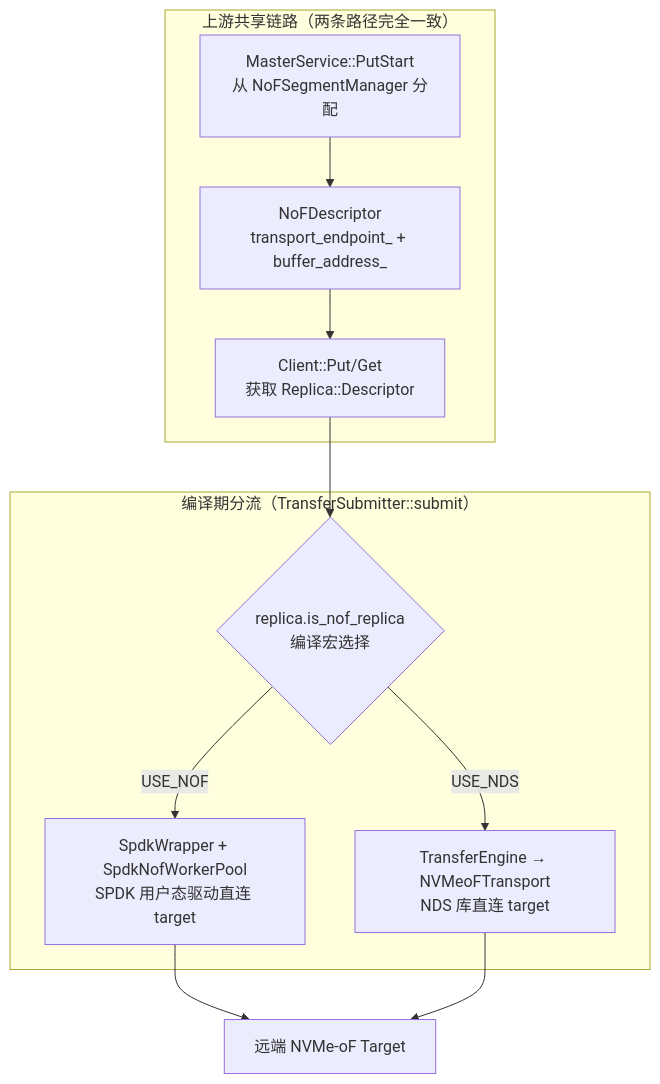
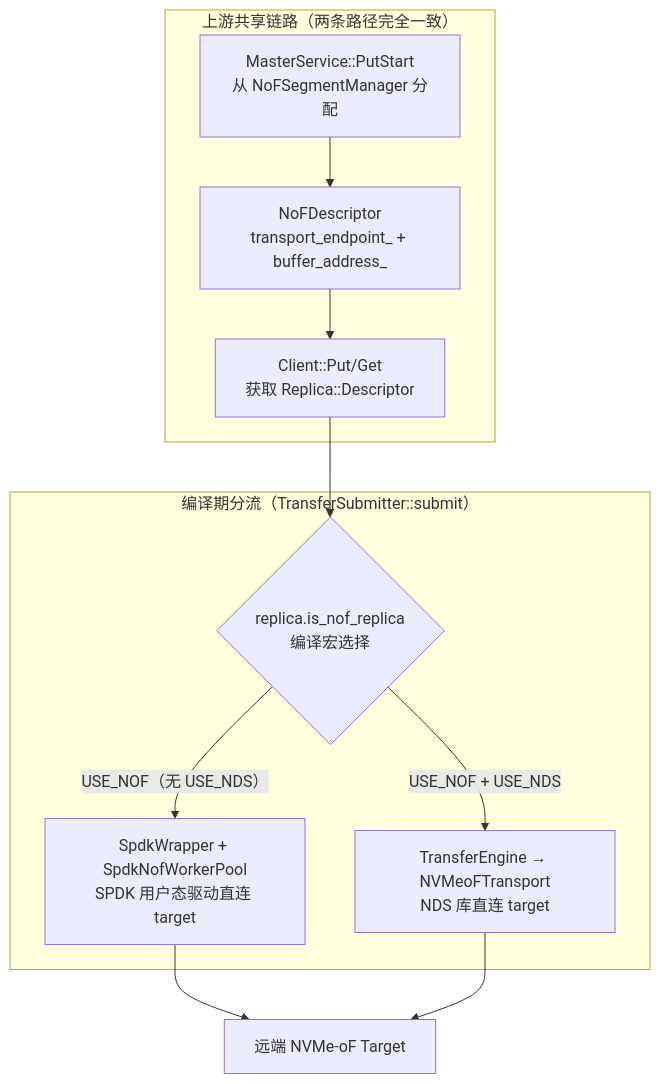
One commit to yz53665/Mooncake changed diagram 12 of 17 in docs/rfc-nds-nvmeof-transport-cn.md. Above: the diagram before and after it, drawn with Mermaid. The commit also changed other lines of this file, not shown here.

````diff
--- a/docs/rfc-nds-nvmeof-transport-cn.md
+++ b/docs/rfc-nds-nvmeof-transport-cn.md
@@ -503,19 +522,19 @@
 ```mermaid
 graph TB
     subgraph Shared["上游共享链路（两条路径完全一致）"]
         MASTER[MasterService::PutStart<br/>从 NoFSegmentManager 分配]
         DESC[NoFDescriptor<br/>transport_endpoint_ + buffer_address_]
         CLIENT[Client::Put/Get<br/>获取 Replica::Descriptor]
         MASTER --> DESC --> CLIENT
     end
 
     subgraph Fork["编译期分流（TransferSubmitter::submit）"]
         FORK{replica.is_nof_replica<br/>编译宏选择}
-        FORK -->|"USE_NOF"| SPDK_PATH[SpdkWrapper + SpdkNofWorkerPool<br/>SPDK 用户态驱动直连 target]
-        FORK -->|"USE_NDS"| NDS_PATH[TransferEngine → NVMeoFTransport<br/>NDS 库直连 target]
+        FORK -->|"USE_NOF（无 USE_NDS）"| SPDK_PATH[SpdkWrapper + SpdkNofWorkerPool<br/>SPDK 用户态驱动直连 target]
+        FORK -->|"USE_NOF + USE_NDS"| NDS_PATH[TransferEngine → NVMeoFTransport<br/>NDS 库直连 target]
     end
 
     CLIENT --> FORK
     SPDK_PATH --> TARGET[远端 NVMe-oF Target]
     NDS_PATH --> TARGET
 ```
````
